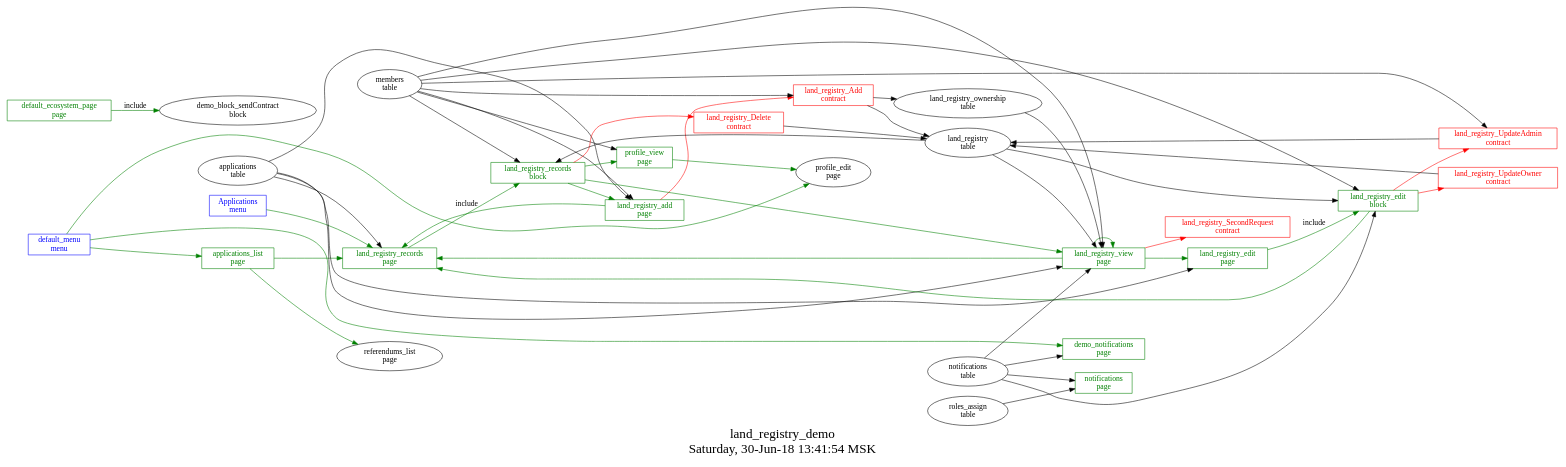
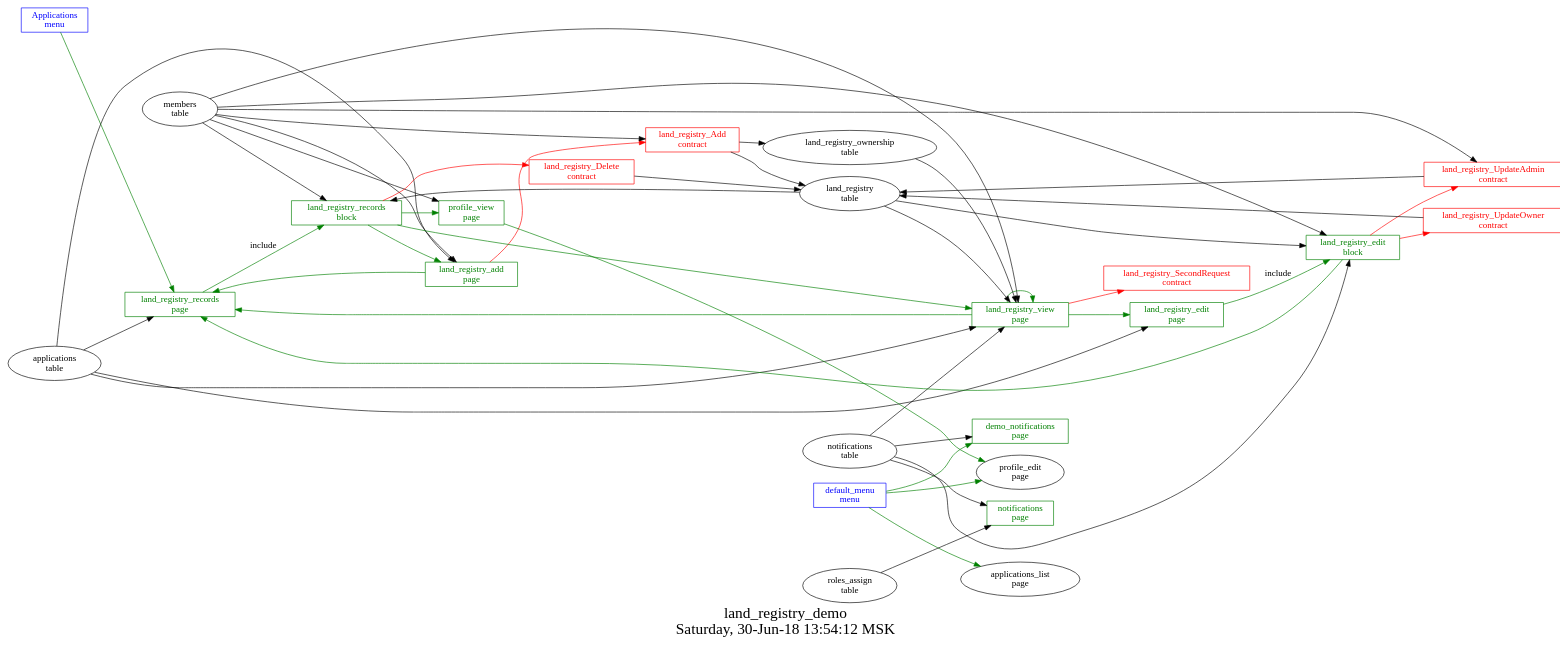
One commit to AlexZeDim/apps changed the diagram in src/land_registry_demo/struct.dot. Above: the diagram before and after it, drawn with Graphviz. The commit also changed 2 other files, not shown here.

```diff
--- a/src/land_registry_demo/struct.dot
+++ b/src/land_registry_demo/struct.dot
@@ -1,78 +1,73 @@
 digraph G {
 graph [
   fontsize="24";
-  label="land_registry_demo\nSaturday, 30-Jun-18 13:41:54 MSK";
+  label="land_registry_demo\nSaturday, 30-Jun-18 13:54:12 MSK";
   nojustify=true;
   ordering=out;
   rankdir=LR;
   size="30";
 ];
 "Applications\nmenu" -> "land_registry_records\npage"  [ color=green ]
 "Applications\nmenu" [color=blue, fontcolor=blue, group=menus, shape=record];
 "default_menu\nmenu" -> "demo_notifications\npage"  [ color=green ]
 "default_menu\nmenu" -> "profile_edit\npage"  [ color=green ]
 "default_menu\nmenu" -> "applications_list\npage"  [ color=green ]
 "default_menu\nmenu" [color=blue, fontcolor=blue, group=menus, shape=record];
-"applications_list\npage" -> "referendums_list\npage"  [ color=green ]
-"applications_list\npage" -> "land_registry_records\npage"  [ color=green ]
-"applications_list\npage" [color=green, fontcolor=green, group=pages, shape=record];
-"default_ecosystem_page\npage" -> "demo_block_sendContract\nblock"  [ color=green, label=include ]
-"default_ecosystem_page\npage" [color=green, fontcolor=green, group=pages, shape=record];
 "notifications\ntable" -> "demo_notifications\npage"
 "demo_notifications\npage" [color=green, fontcolor=green, group=pages, shape=record];
 "land_registry_add\npage" -> "land_registry_Add\ncontract"  [ color=red ]
 "applications\ntable" -> "land_registry_add\npage"
 "members\ntable" -> "land_registry_add\npage"
 "land_registry_add\npage" -> "land_registry_records\npage"  [ color=green ]
 "land_registry_add\npage" [color=green, fontcolor=green, group=pages, shape=record];
 "applications\ntable" -> "land_registry_edit\npage"
 "land_registry_edit\npage" -> "land_registry_edit\nblock"  [ color=green, label=include ]
 "land_registry_edit\npage" [color=green, fontcolor=green, group=pages, shape=record];
 "applications\ntable" -> "land_registry_records\npage"
 "land_registry_records\npage" -> "land_registry_records\nblock"  [ color=green, label=include ]
 "land_registry_records\npage" [color=green, fontcolor=green, group=pages, shape=record];
 "land_registry_view\npage" -> "land_registry_SecondRequest\ncontract"  [ color=red ]
 "applications\ntable" -> "land_registry_view\npage"
 "land_registry\ntable" -> "land_registry_view\npage"
 "land_registry_ownership\ntable" -> "land_registry_view\npage"
 "members\ntable" -> "land_registry_view\npage"
 "notifications\ntable" -> "land_registry_view\npage"
 "land_registry_view\npage" -> "land_registry_records\npage"  [ color=green ]
 "land_registry_view\npage" -> "land_registry_view\npage"  [ color=green ]
 "land_registry_view\npage" -> "land_registry_edit\npage"  [ color=green ]
 "land_registry_view\npage" [color=green, fontcolor=green, group=pages, shape=record];
 "notifications\ntable" -> "notifications\npage"
 "roles_assign\ntable" -> "notifications\npage"
 "notifications\npage" [color=green, fontcolor=green, group=pages, shape=record];
 "members\ntable" -> "profile_view\npage"
 "profile_view\npage" -> "profile_edit\npage"  [ color=green ]
 "profile_view\npage" [color=green, fontcolor=green, group=pages, shape=record];
 "land_registry_edit\nblock" -> "land_registry_UpdateAdmin\ncontract"  [ color=red ]
 "land_registry_edit\nblock" -> "land_registry_UpdateOwner\ncontract"  [ color=red ]
 "notifications\ntable" -> "land_registry_edit\nblock"
 "land_registry\ntable" -> "land_registry_edit\nblock"
 "members\ntable" -> "land_registry_edit\nblock"
 "land_registry_edit\nblock" -> "land_registry_records\npage"  [ color=green ]
 "land_registry_edit\nblock" [color=green, fontcolor=green, group=blocks, shape=record];
 "land_registry_records\nblock" -> "land_registry_Delete\ncontract"  [ color=red ]
 "land_registry\ntable" -> "land_registry_records\nblock"
 "members\ntable" -> "land_registry_records\nblock"
 "land_registry_records\nblock" -> "profile_view\npage"  [ color=green ]
 "land_registry_records\nblock" -> "land_registry_view\npage"  [ color=green ]
 "land_registry_records\nblock" -> "land_registry_add\npage"  [ color=green ]
 "land_registry_records\nblock" [color=green, fontcolor=green, group=blocks, shape=record];
 "land_registry_Add\ncontract" -> "land_registry\ntable"  [ color="" ]
 "land_registry_Add\ncontract" -> "land_registry_ownership\ntable"  [ color="" ]
 "members\ntable" -> "land_registry_Add\ncontract"
 "land_registry_Add\ncontract" [color=red, fontcolor=red, group=contracts, shape=record];
 "land_registry_Delete\ncontract" -> "land_registry\ntable"  [ color="" ]
 "land_registry_Delete\ncontract" [color=red, fontcolor=red, group=contracts, shape=record];
 "land_registry_SecondRequest\ncontract" [color=red, fontcolor=red, group=contracts, shape=record];
 "land_registry_UpdateAdmin\ncontract" -> "land_registry\ntable"  [ color="" ]
 "members\ntable" -> "land_registry_UpdateAdmin\ncontract"
 "land_registry_UpdateAdmin\ncontract" [color=red, fontcolor=red, group=contracts, shape=record];
 "land_registry_UpdateOwner\ncontract" -> "land_registry\ntable"  [ color="" ]
 "land_registry_UpdateOwner\ncontract" [color=red, fontcolor=red, group=contracts, shape=record];
 "land_registry\ntable" [color="", fontcolor="", group=tables, shape=""];
 "land_registry_ownership\ntable" [color="", fontcolor="", group=tables, shape=""];
 }
```
